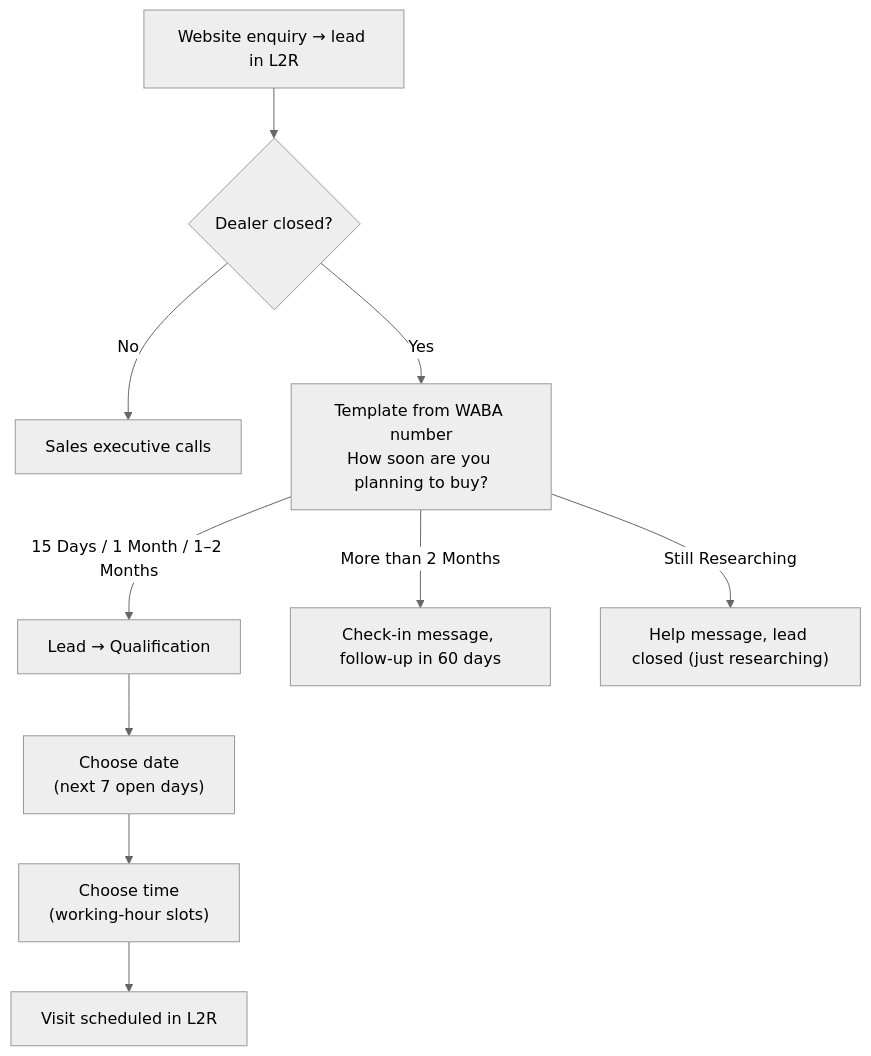
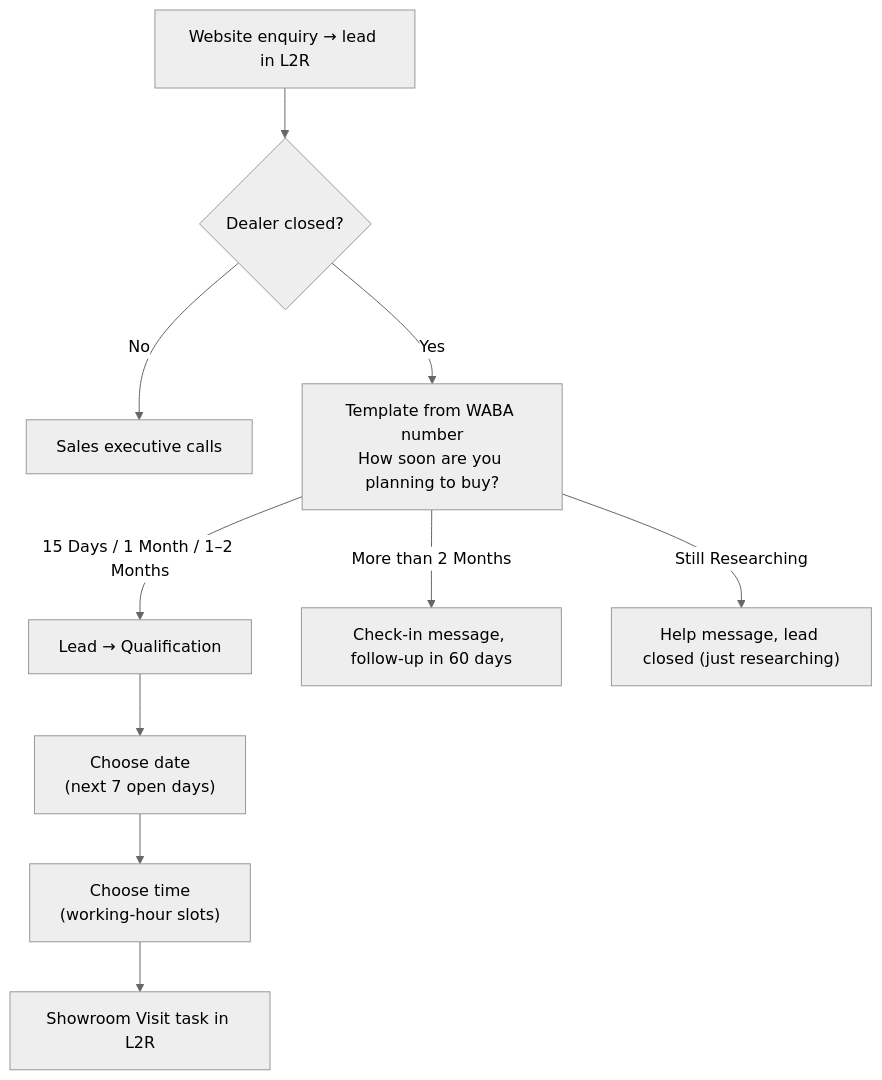
The diagram in README.md (prakharagarwal2906-lab/nwh-whatsapp-lead-qualifier), drawn with Mermaid (neutral theme) before and after one commit. The commit also changed other lines of this file and 7 other files, not shown here.

First line of the commit message:
WhatsApp creates a Showroom Visit task; quieter activity feed

````diff
--- a/README.md
+++ b/README.md
@@ -107,9 +107,9 @@
 ```mermaid
 flowchart TD
   A["Website enquiry → lead in L2R"] --> B{"Dealer closed?"}
   B -- No --> Z["Sales executive calls"]
   B -- Yes --> C["Template from WABA number<br/>How soon are you planning to buy?"]
-  C -- "15 Days / 1 Month / 1–2 Months" --> Q["Lead → Qualification"] --> D["Choose date<br/>(next 7 open days)"] --> T["Choose time<br/>(working-hour slots)"] --> V["Visit scheduled in L2R"]
+  C -- "15 Days / 1 Month / 1–2 Months" --> Q["Lead → Qualification"] --> D["Choose date<br/>(next 7 open days)"] --> T["Choose time<br/>(working-hour slots)"] --> V["Showroom Visit task in L2R"]
   C -- "More than 2 Months" --> N["Check-in message, follow-up in 60 days"]
   C -- "Still Researching" --> R["Help message, lead closed (just researching)"]
 ```
````
